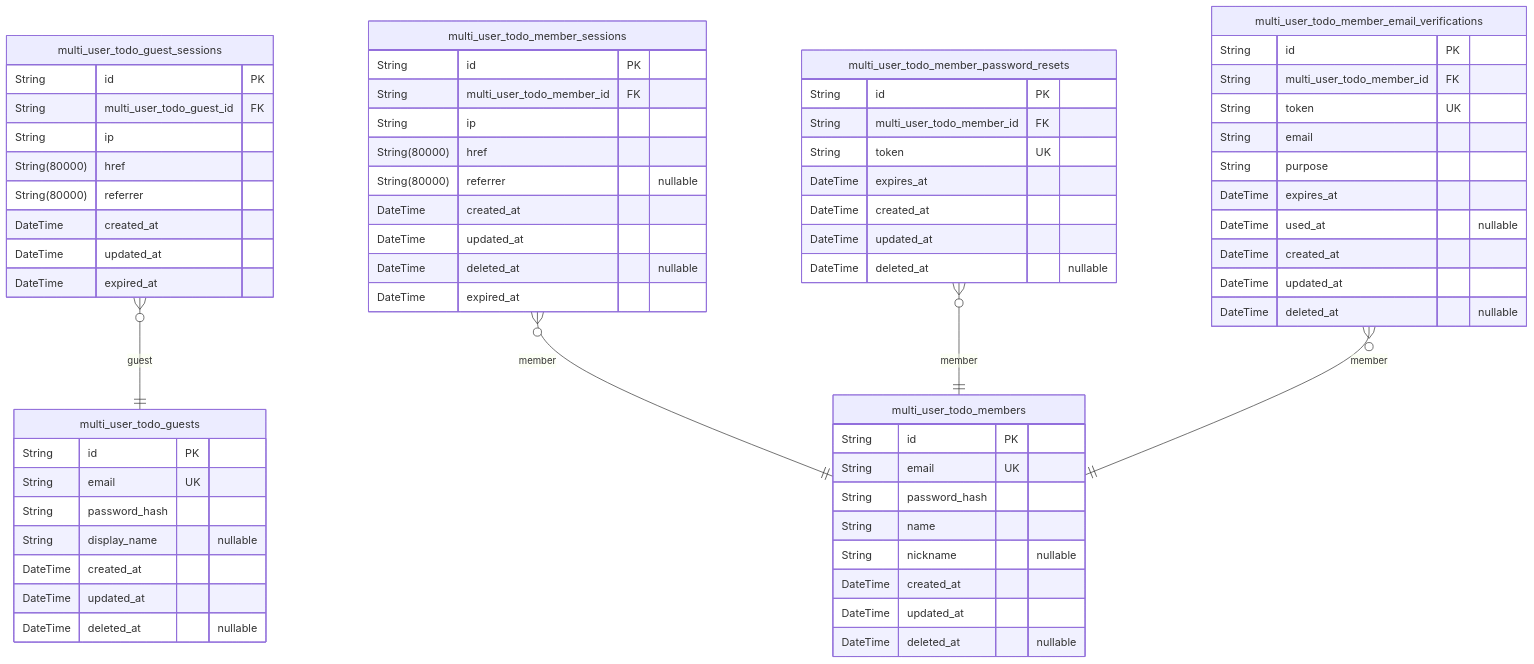
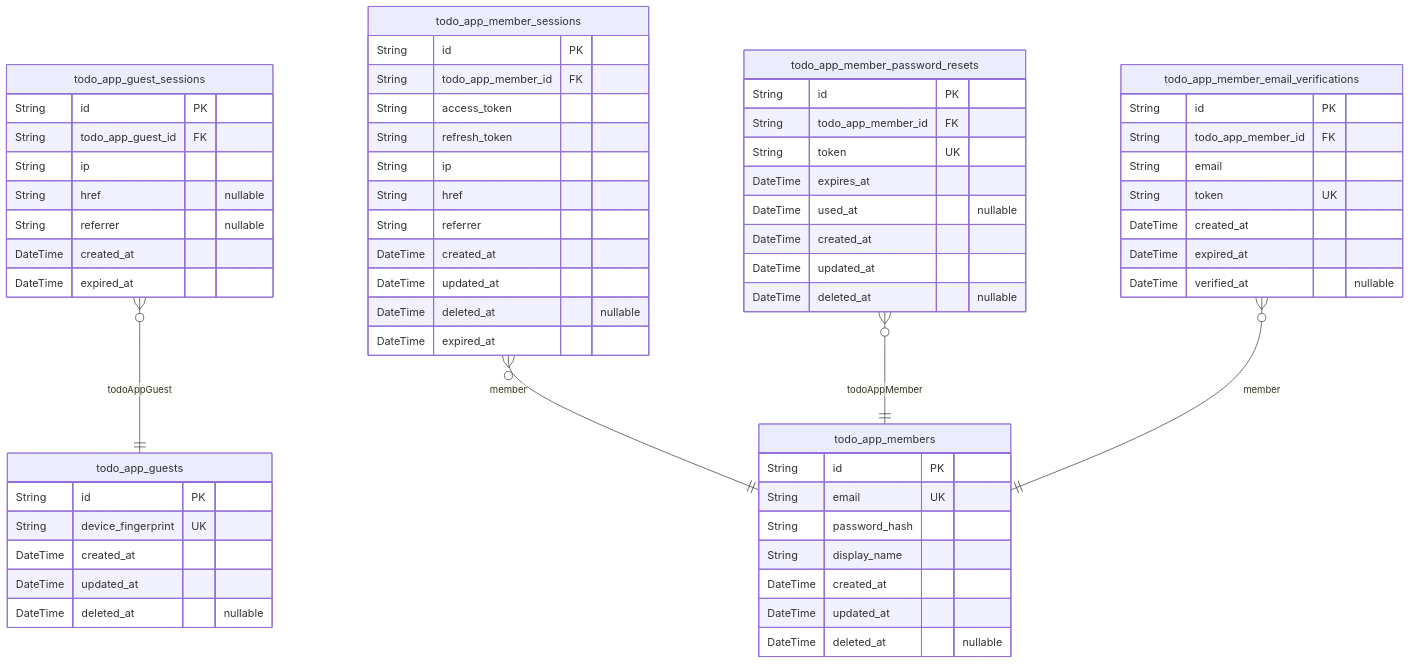
One commit to wrtnlabs/autobe-examples changed the first of 2 diagrams in qwen/qwen3.5-122b-a10b/todo/docs/ERD.md. Above: the diagram before and after it, drawn with Mermaid. The commit also changed other lines of this file and 32093 other files, not shown here.

````diff
--- a/qwen/qwen3.5-122b-a10b/todo/docs/ERD.md
+++ b/qwen/qwen3.5-122b-a10b/todo/docs/ERD.md
@@ -10,68 +10,64 @@
 ```mermaid
 erDiagram
-"multi_user_todo_guests" {
+"todo_app_guests" {
   String id PK
-  String email UK
-  String password_hash
-  String display_name "nullable"
+  String device_fingerprint UK
   DateTime created_at
   DateTime updated_at
   DateTime deleted_at "nullable"
 }
-"multi_user_todo_guest_sessions" {
+"todo_app_guest_sessions" {
   String id PK
-  String multi_user_todo_guest_id FK
+  String todo_app_guest_id FK
   String ip
-  String(80000) href
-  String(80000) referrer
+  String href "nullable"
+  String referrer "nullable"
   DateTime created_at
-  DateTime updated_at
   DateTime expired_at
 }
-"multi_user_todo_members" {
+"todo_app_members" {
   String id PK
   String email UK
   String password_hash
-  String name
-  String nickname "nullable"
+  String display_name
   DateTime created_at
   DateTime updated_at
   DateTime deleted_at "nullable"
 }
-"multi_user_todo_member_sessions" {
+"todo_app_member_sessions" {
   String id PK
-  String multi_user_todo_member_id FK
+  String todo_app_member_id FK
+  String access_token
+  String refresh_token
   String ip
-  String(80000) href
-  String(80000) referrer "nullable"
+  String href
+  String referrer
   DateTime created_at
   DateTime updated_at
   DateTime deleted_at "nullable"
   DateTime expired_at
 }
-"multi_user_todo_member_password_resets" {
+"todo_app_member_password_resets" {
   String id PK
-  String multi_user_todo_member_id FK
+  String todo_app_member_id FK
   String token UK
-  DateTime expires_at
-  DateTime created_at
-  DateTime updated_at
-  DateTime deleted_at "nullable"
-}
-"multi_user_todo_member_email_verifications" {
-  String id PK
-  String multi_user_todo_member_id FK
-  String token UK
-  String email
-  String purpose
   DateTime expires_at
   DateTime used_at "nullable"
   DateTime created_at
   DateTime updated_at
   DateTime deleted_at "nullable"
 }
-"multi_user_todo_guest_sessions" }o--|| "multi_user_todo_guests" : guest
-"multi_user_todo_member_sessions" }o--|| "multi_user_todo_members" : member
-"multi_user_todo_member_password_resets" }o--|| "multi_user_todo_members" : member
-"multi_user_todo_member_email_verifications" }o--|| "multi_user_todo_members" : member
+"todo_app_member_email_verifications" {
+  String id PK
+  String todo_app_member_id FK
+  String email
+  String token UK
+  DateTime created_at
+  DateTime expired_at
+  DateTime verified_at "nullable"
+}
+"todo_app_guest_sessions" }o--|| "todo_app_guests" : todoAppGuest
+"todo_app_member_sessions" }o--|| "todo_app_members" : member
+"todo_app_member_password_resets" }o--|| "todo_app_members" : todoAppMember
+"todo_app_member_email_verifications" }o--|| "todo_app_members" : member
 ```
````
